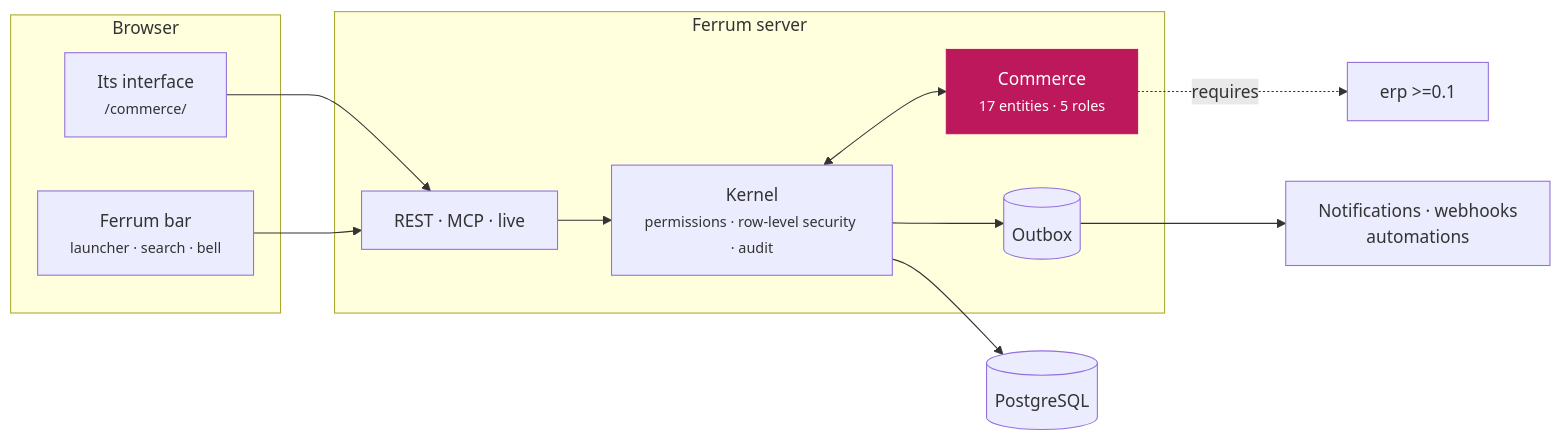
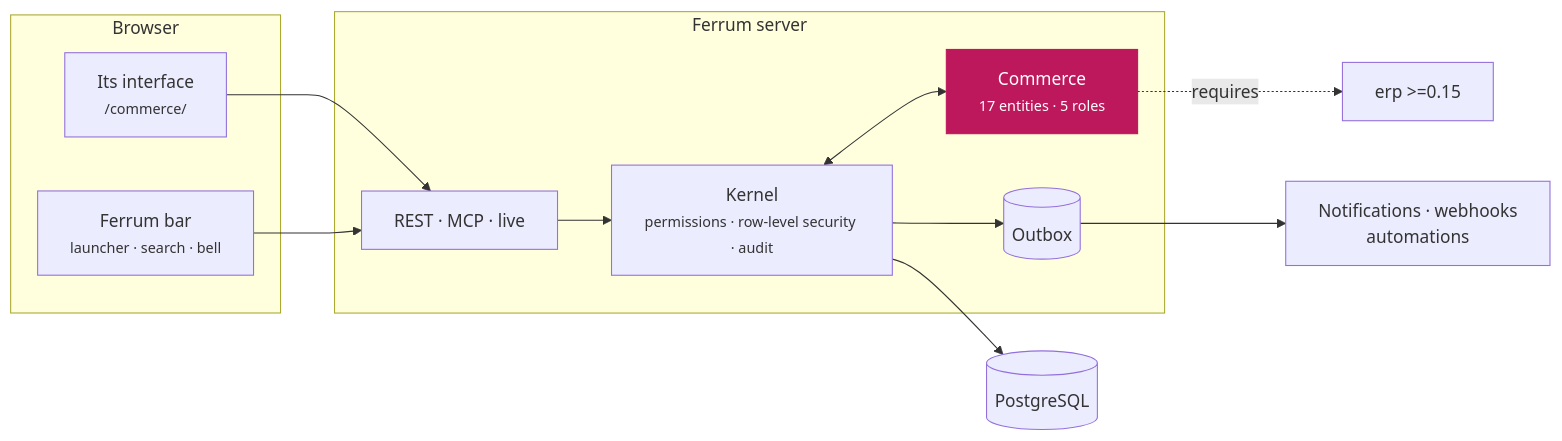
One commit to CBFerrum/ferrum-app-commerce changed the second of 3 diagrams in README.md. Above: the diagram before and after it, drawn with Mermaid. The commit also changed other lines of this file and 4 other files, not shown here.

````diff
--- a/README.md
+++ b/README.md
@@ -149,21 +149,21 @@
 ```mermaid
 flowchart LR
     subgraph Browser
         UI["Its interface<br/><small>/commerce/</small>"]
         BAR["Ferrum bar<br/><small>launcher · search · bell</small>"]
     end
     subgraph Server["Ferrum server"]
         API["REST · MCP · live"]
         K["Kernel<br/><small>permissions · row-level security · audit</small>"]
         APP["Commerce<br/><small>17 entities · 5 roles</small>"]
         OB[("Outbox")]
     end
     DB[("PostgreSQL")]
     UI --> API --> K --> DB
     BAR --> API
     K <--> APP
     K --> OB --> EV["Notifications · webhooks<br/>automations"]
-    APP -. requires .-> D0["erp >=0.1"]
+    APP -. requires .-> D0["erp >=0.15"]
     classDef app fill:#be185d,color:#fff,stroke:#be185d
     class APP app
 ```
````
